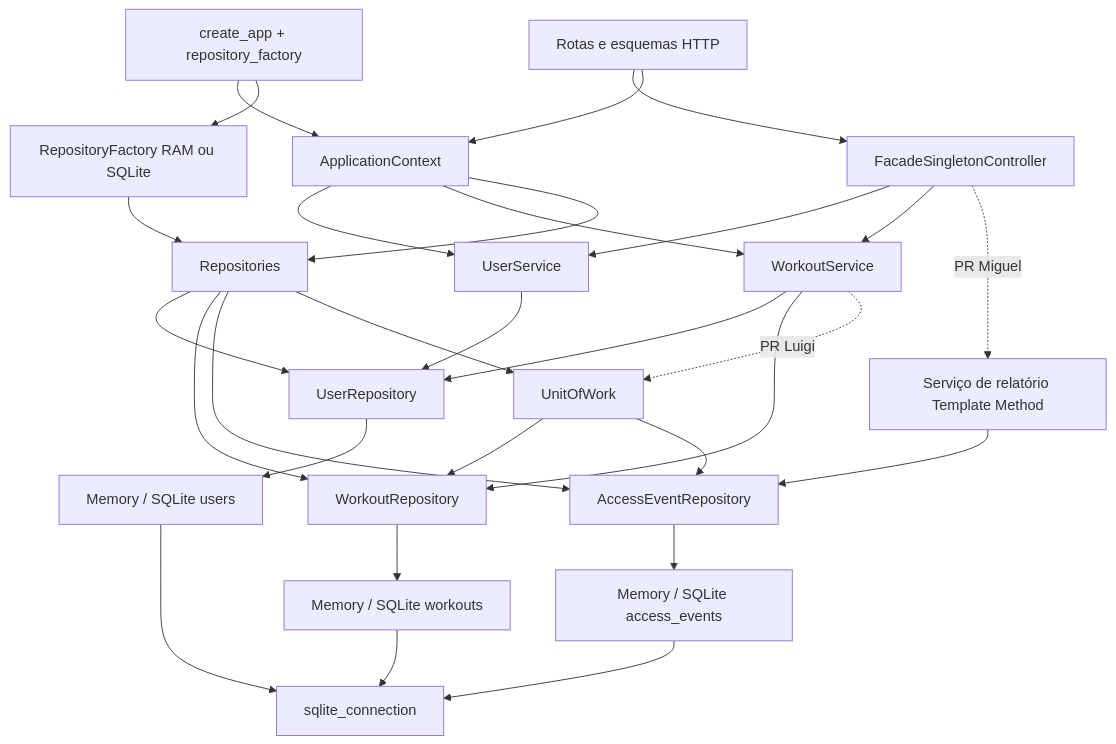
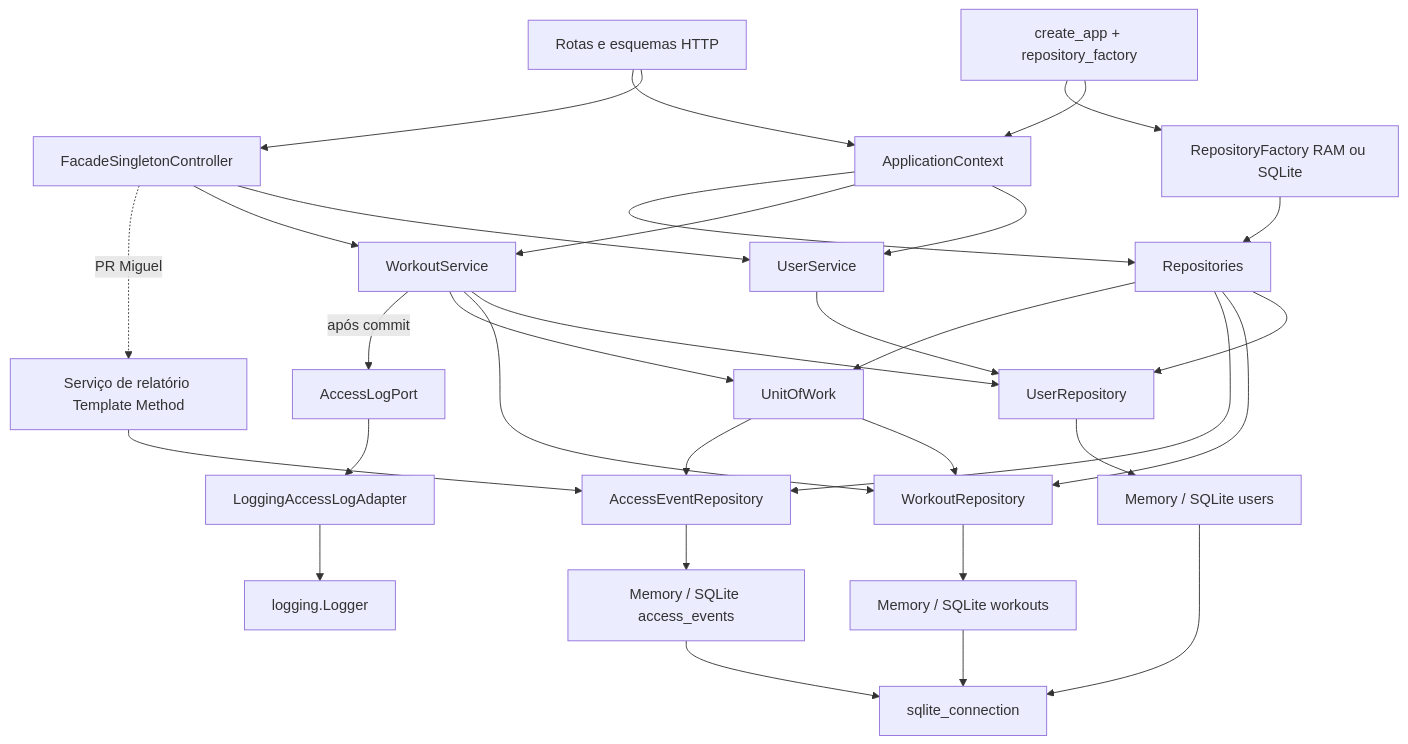
The first of 3 diagrams in docs/arquitetura.md (Miguelqfs/training-platform), drawn with Mermaid before and after one commit. The commit also changed other lines of this file and 12 other files, not shown here.

Commit message:
feat(accesses): registrar acessos com Adapter de log

````diff
--- a/docs/arquitetura.md
+++ b/docs/arquitetura.md
@@ -15,31 +15,34 @@
 ```mermaid
 flowchart TD
     HTTP[Rotas e esquemas HTTP] --> F[FacadeSingletonController]
     APP[create_app + repository_factory] --> C[ApplicationContext]
     HTTP --> C
     F --> US[UserService]
     F --> WS[WorkoutService]
     C --> US
     C --> WS
     C --> R[Repositories]
     FACT[RepositoryFactory RAM ou SQLite] --> R
     APP --> FACT
     US --> UR[UserRepository]
     WS --> UR
     WS --> WR[WorkoutRepository]
-    WS -.->|PR Luigi| UoW[UnitOfWork]
+    WS --> UoW[UnitOfWork]
+    WS -->|após commit| LP[AccessLogPort]
+    LP --> LA[LoggingAccessLogAdapter]
+    LA --> LOG[logging.Logger]
     UoW --> WR
     UoW --> AR[AccessEventRepository]
     R --> UR
     R --> WR
     R --> AR
     R --> UoW
     UR --> UM[Memory / SQLite users]
     WR --> WM[Memory / SQLite workouts]
     AR --> AM[Memory / SQLite access_events]
     AM --> SQL[sqlite_connection]
     WM --> SQL
     UM --> SQL
     F -.->|PR Miguel| RS[Serviço de relatório Template Method]
     RS --> AR
 ```
````
